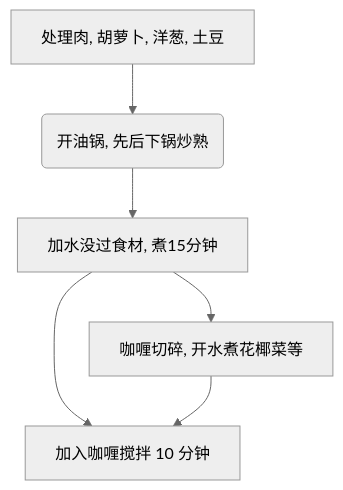
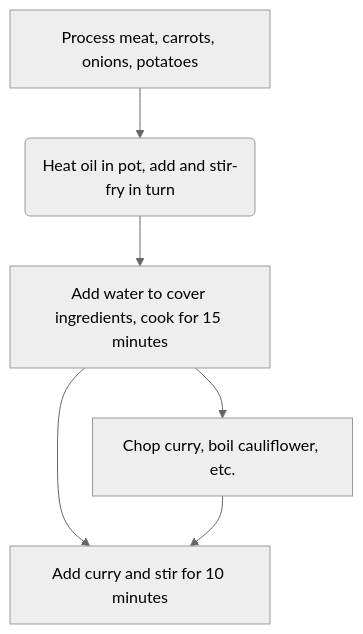
Before and after one commit to Teygeta/HowToCook-en: the diagram in dishes-en/staple/日式咖喱饭/日式咖喱饭.md, drawn with Mermaid (neutral theme). The commit also changed other lines of this file and 40 other files, not shown here.

````diff
--- a/dishes-en/staple/日式咖喱饭/日式咖喱饭.md
+++ b/dishes-en/staple/日式咖喱饭/日式咖喱饭.md
@@ -72,8 +72,8 @@
-``` mermaid
+```mermaid
 graph TD
-    A[处理肉, 胡萝卜, 洋葱, 土豆] --> B(开油锅, 先后下锅炒熟)
-    B --> C[加水没过食材, 煮15分钟]
-    C --> D[咖喱切碎, 开水煮花椰菜等]
-    C --> E[加入咖喱搅拌 10 分钟]
+    A[Process meat, carrots, onions, potatoes] --> B(Heat oil in pot, add and stir-fry in turn)
+    B --> C[Add water to cover ingredients, cook for 15 minutes]
+    C --> D[Chop curry, boil cauliflower, etc.]
+    C --> E[Add curry and stir for 10 minutes]
     D --> E
 ```
````
